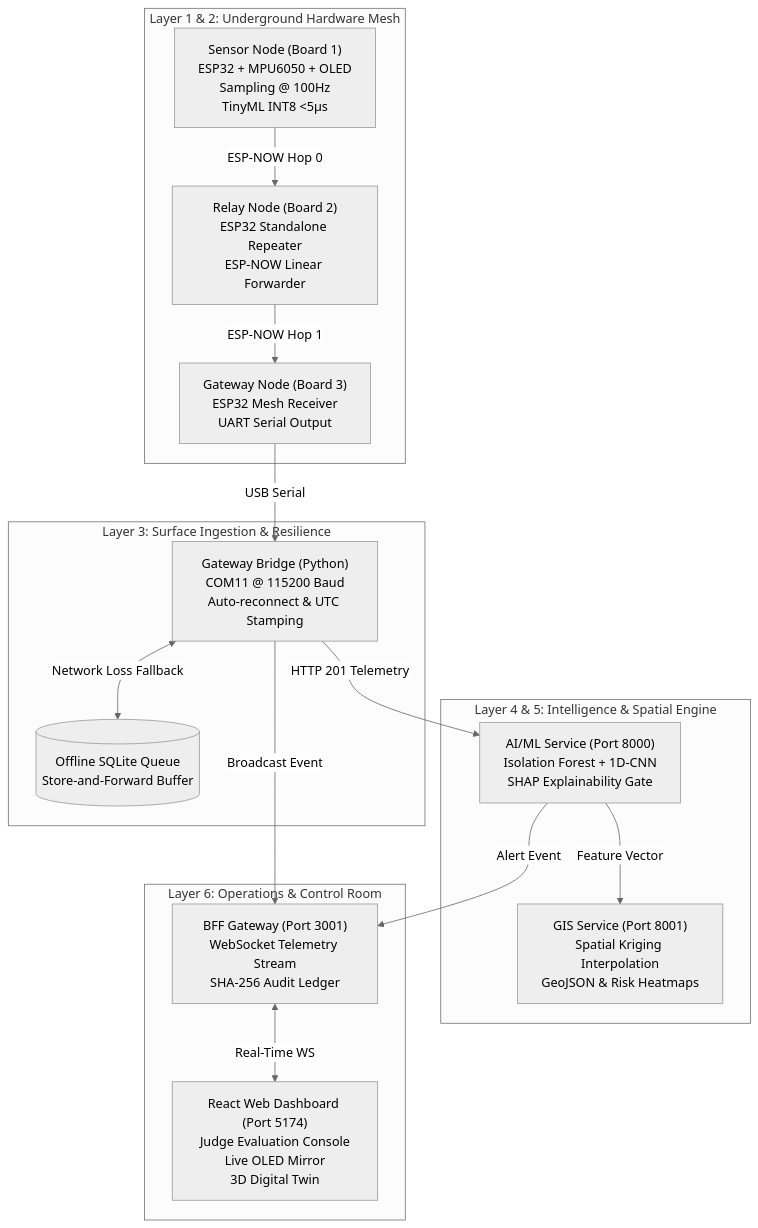
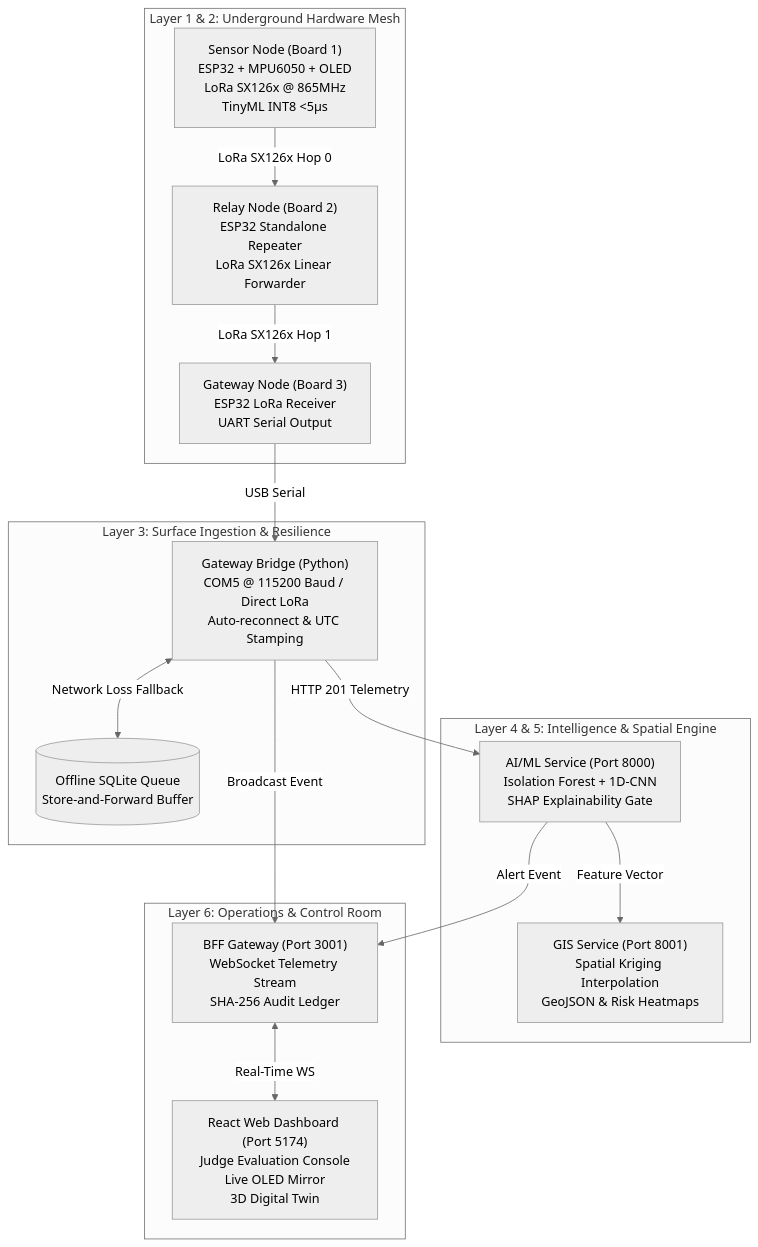
Before and after one commit to sasikumar161106/subsense: the diagram in README.md, drawn with Mermaid (neutral theme). The commit also changed other lines of this file and 45 other files, not shown here.

````diff
--- a/README.md
+++ b/README.md
@@ -32,32 +32,32 @@
 ```mermaid
 graph TD
     subgraph "Layer 1 & 2: Underground Hardware Mesh"
-        SN["Sensor Node (Board 1)<br/>ESP32 + MPU6050 + OLED<br/>Sampling @ 100Hz<br/>TinyML INT8 <5μs"]
-        RN["Relay Node (Board 2)<br/>ESP32 Standalone Repeater<br/>ESP-NOW Linear Forwarder"]
-        GW["Gateway Node (Board 3)<br/>ESP32 Mesh Receiver<br/>UART Serial Output"]
-        SN -->|ESP-NOW Hop 0| RN
-        RN -->|ESP-NOW Hop 1| GW
+        SN["Sensor Node (Board 1)<br/>ESP32 + MPU6050 + OLED<br/>LoRa SX126x @ 865MHz<br/>TinyML INT8 <5μs"]
+        RN["Relay Node (Board 2)<br/>ESP32 Standalone Repeater<br/>LoRa SX126x Linear Forwarder"]
+        GW["Gateway Node (Board 3)<br/>ESP32 LoRa Receiver<br/>UART Serial Output"]
+        SN -->|LoRa SX126x Hop 0| RN
+        RN -->|LoRa SX126x Hop 1| GW
     end
 
     subgraph "Layer 3: Surface Ingestion & Resilience"
-        GB["Gateway Bridge (Python)<br/>COM11 @ 115200 Baud<br/>Auto-reconnect & UTC Stamping"]
+        GB["Gateway Bridge (Python)<br/>COM5 @ 115200 Baud / Direct LoRa<br/>Auto-reconnect & UTC Stamping"]
         DB_QUEUE[("Offline SQLite Queue<br/>Store-and-Forward Buffer")]
         GW -->|USB Serial| GB
         GB <-->|Network Loss Fallback| DB_QUEUE
     end
 
     subgraph "Layer 4 & 5: Intelligence & Spatial Engine"
         AIML["AI/ML Service (Port 8000)<br/>Isolation Forest + 1D-CNN<br/>SHAP Explainability Gate"]
         GIS["GIS Service (Port 8001)<br/>Spatial Kriging Interpolation<br/>GeoJSON & Risk Heatmaps"]
         GB -->|HTTP 201 Telemetry| AIML
         AIML -->|Feature Vector| GIS
     end
 
     subgraph "Layer 6: Operations & Control Room"
         BFF["BFF Gateway (Port 3001)<br/>WebSocket Telemetry Stream<br/>SHA-256 Audit Ledger"]
         WEB["React Web Dashboard (Port 5174)<br/>Judge Evaluation Console<br/>Live OLED Mirror<br/>3D Digital Twin"]
         GB -->|Broadcast Event| BFF
         AIML -->|Alert Event| BFF
         BFF <-->|Real-Time WS| WEB
     end
 ```
````
